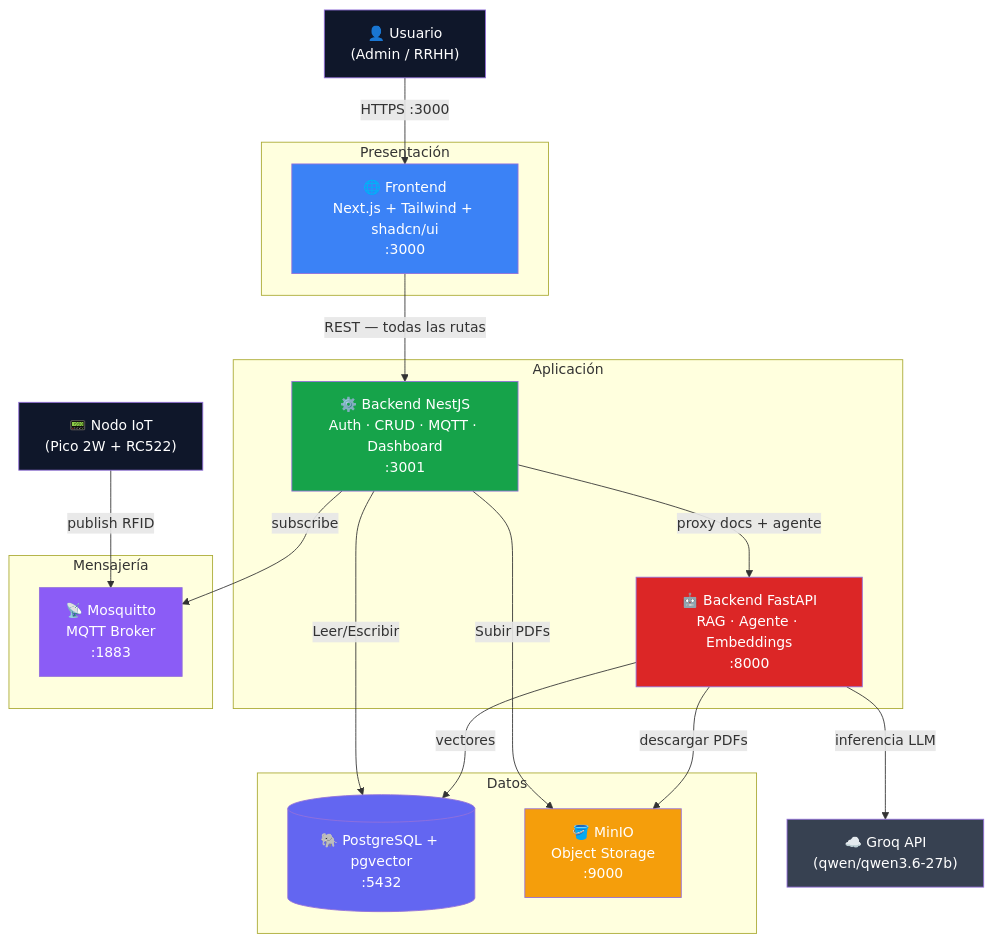
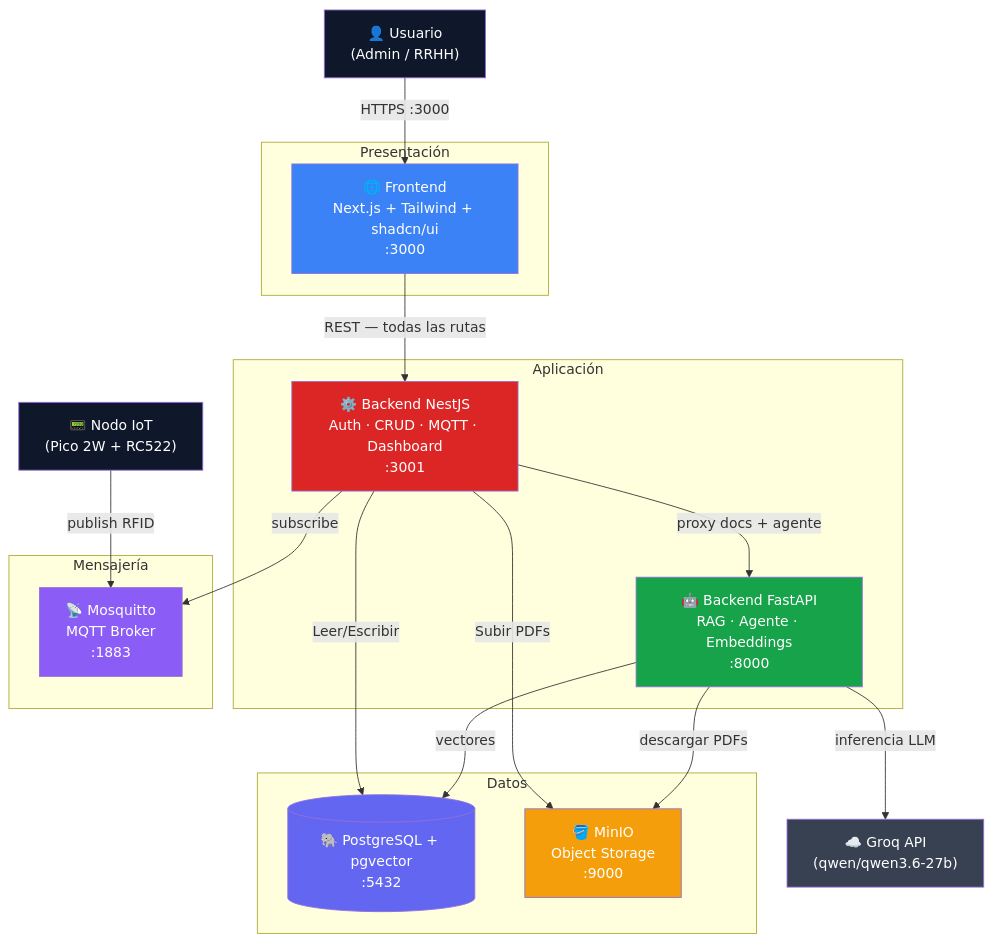
One commit to marianodr/kuaai-intelligent-hrms changed the diagram in docs/architecture/overview.md. Above: the diagram before and after it, drawn with Mermaid.

Commit message:
docs: intercambiar colores NestJS (rojo) y FastAPI (verde) en diagrama de contenedores

````diff
--- a/docs/architecture/overview.md
+++ b/docs/architecture/overview.md
@@ -50,45 +50,45 @@
 ```mermaid
 graph TB
     USER["👤 Usuario\n(Admin / RRHH)"]
     IOT["📟 Nodo IoT\n(Pico 2W + RC522)"]
     GROQ["☁️ Groq API\n(qwen/qwen3.6-27b)"]
 
     subgraph PRES ["Presentación"]
         FE["🌐 Frontend\nNext.js + Tailwind + shadcn/ui\n:3000"]
     end
 
     subgraph APP ["Aplicación"]
         NEST["⚙️ Backend NestJS\nAuth · CRUD · MQTT · Dashboard\n:3001"]
         FAPI["🤖 Backend FastAPI\nRAG · Agente · Embeddings\n:8000"]
     end
 
     subgraph MSG ["Mensajería"]
         MQTT["📡 Mosquitto\nMQTT Broker\n:1883"]
     end
 
     subgraph DATA ["Datos"]
         PG[("🐘 PostgreSQL + pgvector\n:5432")]
         MINIO["🪣 MinIO\nObject Storage\n:9000"]
     end
 
     USER  -->|"HTTPS :3000"| FE
     FE    -->|"REST — todas las rutas"| NEST
     NEST  -->|"proxy docs + agente"| FAPI
     NEST  -->|"Leer/Escribir"| PG
     NEST  -->|"Subir PDFs"| MINIO
     NEST  -->|"subscribe"| MQTT
     FAPI  -->|"vectores"| PG
     FAPI  -->|"descargar PDFs"| MINIO
     FAPI  -->|"inferencia LLM"| GROQ
     IOT   -->|"publish RFID"| MQTT
 
     style FE   fill:#3b82f6,color:#fff
-    style NEST fill:#16a34a,color:#fff
-    style FAPI fill:#dc2626,color:#fff
+    style NEST fill:#dc2626,color:#fff
+    style FAPI fill:#16a34a,color:#fff
     style PG   fill:#6366f1,color:#fff
     style MINIO fill:#f59e0b,color:#fff
     style MQTT fill:#8b5cf6,color:#fff
     style USER fill:#0f172a,color:#fff
     style IOT  fill:#0f172a,color:#fff
     style GROQ fill:#374151,color:#fff
 ```
````
